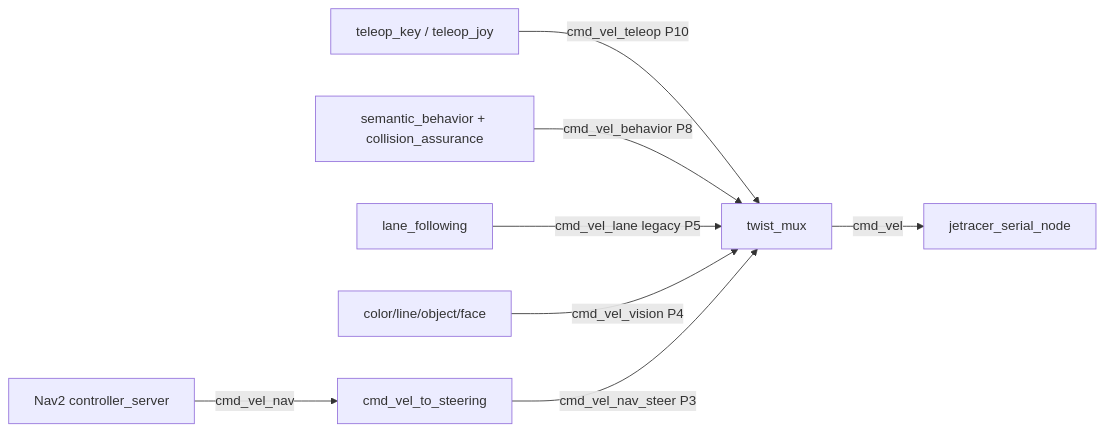
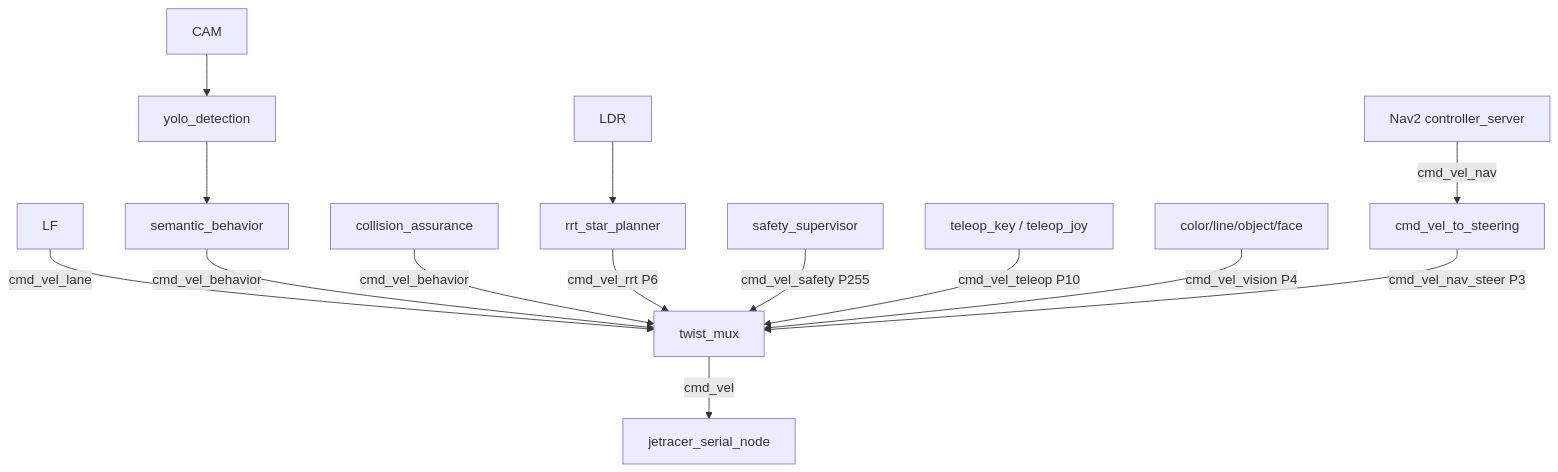
The fourth of 13 diagrams in docs/09_Technical_Architecture.md (CagriCatik/JetRacer), drawn with Mermaid before and after one commit. The commit also changed other lines of this file and 90 other files, not shown here.

````diff
--- a/docs/09_Technical_Architecture.md
+++ b/docs/09_Technical_Architecture.md
@@ -167,10 +181,18 @@
 ```mermaid
-flowchart LR
-  T[teleop_key / teleop_joy] -->|cmd_vel_teleop P10| M[twist_mux]
-  B[semantic_behavior + collision_assurance] -->|cmd_vel_behavior P8| M
-  L[lane_following] -->|cmd_vel_lane legacy P5| M
-  V[color/line/object/face] -->|cmd_vel_vision P4| M
-  N[Nav2 controller_server] -->|cmd_vel_nav| S[cmd_vel_to_steering]
-  S -->|cmd_vel_nav_steer P3| M
-  M -->|cmd_vel| H[jetracer_serial_node]
+flowchart
+    CAM --> YOLO[yolo_detection]
+    YOLO --> SB[semantic_behavior]
+    
+    LDR --> RRT[rrt_star_planner]
+    
+    LF -->|cmd_vel_lane| MUX[twist_mux]
+    SB -->|cmd_vel_behavior| MUX
+    CA[collision_assurance] -->|cmd_vel_behavior| MUX
+    RRT -->|cmd_vel_rrt P6| MUX
+    SS[safety_supervisor] -->|cmd_vel_safety P255| MUX
+    T[teleop_key / teleop_joy] -->|cmd_vel_teleop P10| MUX
+    V[color/line/object/face] -->|cmd_vel_vision P4| MUX
+    N[Nav2 controller_server] -->|cmd_vel_nav| S[cmd_vel_to_steering]
+    S -->|cmd_vel_nav_steer P3| MUX
+    MUX -->|cmd_vel| H[jetracer_serial_node]
 ```
````
